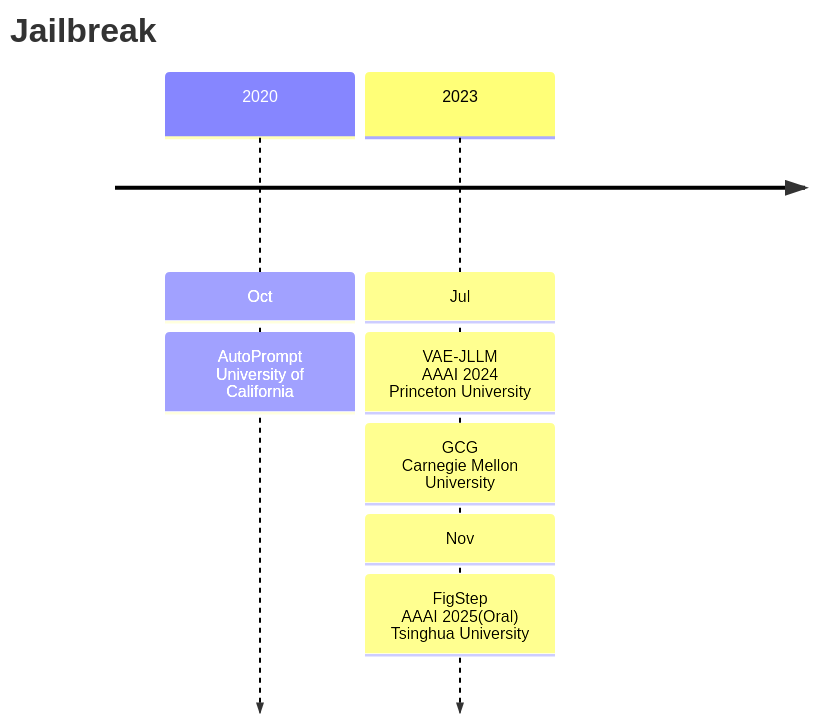
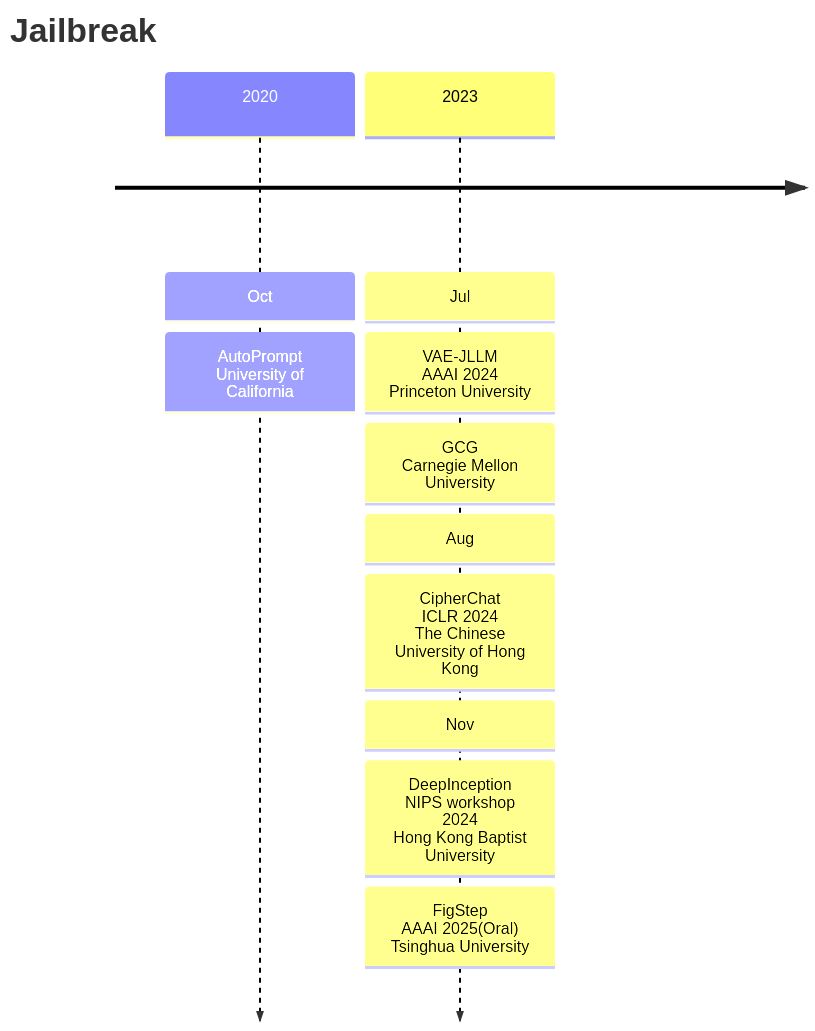
One commit to Elephant-King9/Paper changed the first of 5 diagrams in Attack/Jailbreak/analyse.md. Above: the diagram before and after it, drawn with Mermaid. The commit also changed other lines of this file and 3 other files, not shown here.

Commit message:
Gpt-4 is too smart to be safe: Stealthy chat with llms via cipher

````diff
--- a/Attack/Jailbreak/analyse.md
+++ b/Attack/Jailbreak/analyse.md
@@ -5,13 +5,16 @@
 ```mermaid
 timeline
     title Jailbreak
     	2020 : Oct
     			 : AutoPrompt<br>University of California
     	2023 : Jul
     			 : VAE-JLLM<br>AAAI 2024<br>Princeton University
     			 : GCG<br>Carnegie Mellon University
+    			 : Aug
+    			 : CipherChat<br>ICLR 2024<br>The Chinese University of Hong Kong
     			 : Nov
+    			 : DeepInception<br>NIPS workshop 2024<br>Hong Kong Baptist University
     			 : FigStep<br>AAAI 2025(Oral)<br>Tsinghua University
     			 
     
 ```
````
